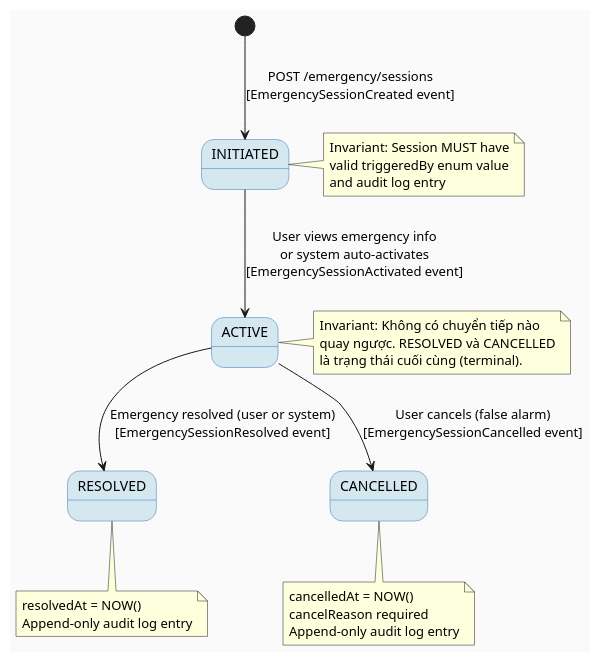
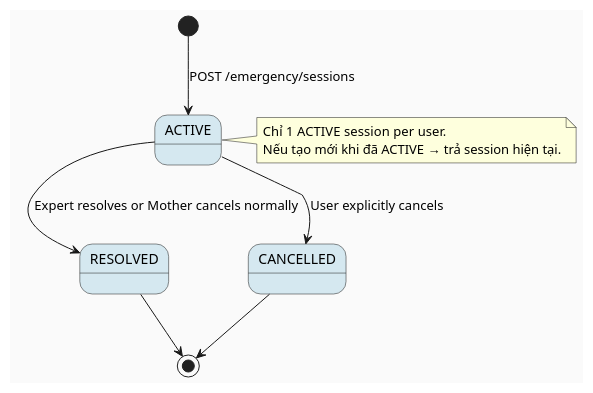
One commit to ChuongBDHE172784/CareBridge_SEP490_G79 changed the fourth of 4 diagrams in 04_Implement/UC62_OpenEmergencyFlow/UC62_OpenEmergencyFlow_TDS.md. Above: the diagram before and after it, drawn with PlantUML. The commit also changed other lines of this file and 75 other files, not shown here.

````diff
--- a/04_Implement/UC62_OpenEmergencyFlow/UC62_OpenEmergencyFlow_TDS.md
+++ b/04_Implement/UC62_OpenEmergencyFlow/UC62_OpenEmergencyFlow_TDS.md
@@ -568,37 +329,19 @@
 ```plantuml
-@startuml UC62_EmergencySession_StateMachine
+@startuml UC62_StateMachine
 skinparam backgroundColor #FAFAFA
 skinparam StateBackgroundColor #D5E8F0
-skinparam StateBorderColor #2E75B6
 
-[*] --> INITIATED : POST /emergency/sessions\n[EmergencySessionCreated event]
+[*] --> ACTIVE : POST /emergency/sessions
 
-INITIATED --> ACTIVE    : User views emergency info\nor system auto-activates\n[EmergencySessionActivated event]
-ACTIVE  --> RESOLVED    : Emergency resolved (user or system)\n[EmergencySessionResolved event]
-ACTIVE  --> CANCELLED   : User cancels (false alarm)\n[EmergencySessionCancelled event]
-
-note right of INITIATED
-  Invariant: Session MUST have
-  valid triggeredBy enum value
-  and audit log entry
-end note
+ACTIVE --> RESOLVED : Expert resolves or Mother cancels normally
+ACTIVE --> CANCELLED : User explicitly cancels
+RESOLVED --> [*]
+CANCELLED --> [*]
 
 note right of ACTIVE
-  Invariant: Không có chuyển tiếp nào
-  quay ngược. RESOLVED và CANCELLED
-  là trạng thái cuối cùng (terminal).
-end note
-
-note bottom of RESOLVED
-  resolvedAt = NOW()
-  Append-only audit log entry
-end note
-
-note bottom of CANCELLED
-  cancelledAt = NOW()
-  cancelReason required
-  Append-only audit log entry
+  Chỉ 1 ACTIVE session per user.
+  Nếu tạo mới khi đã ACTIVE → trả session hiện tại.
 end note
 
 @enduml
 ```
````
